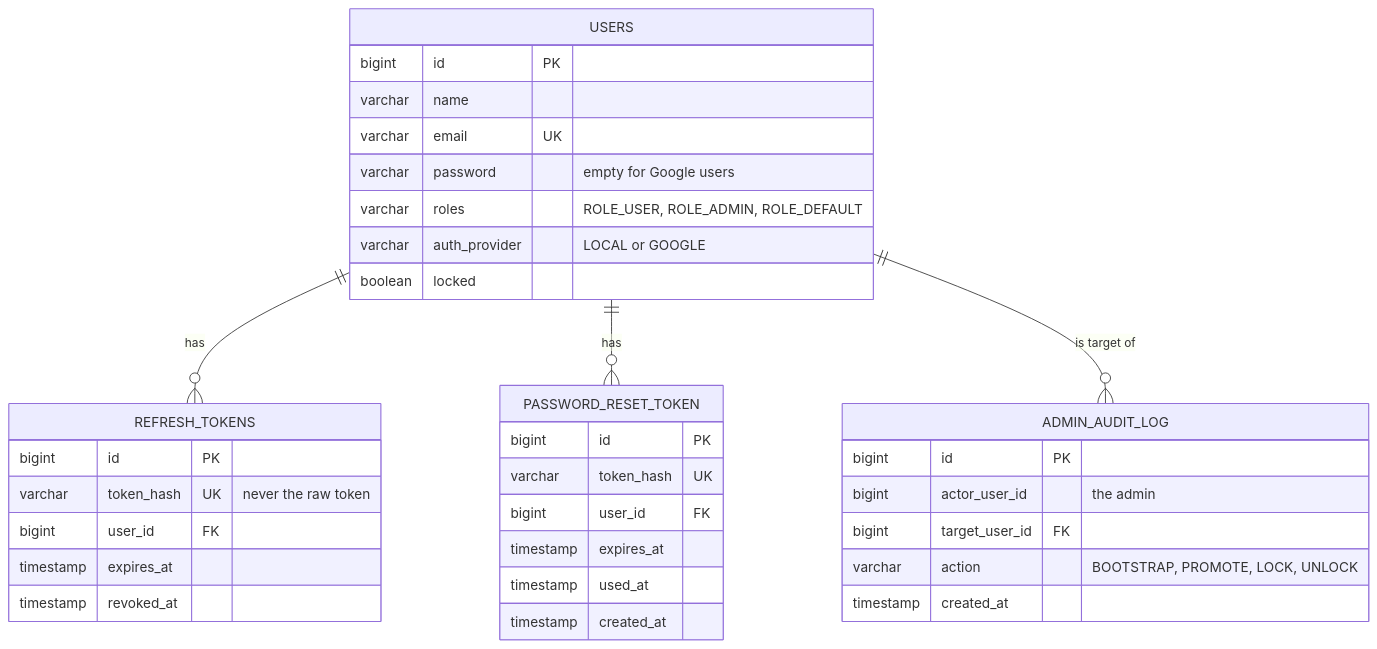
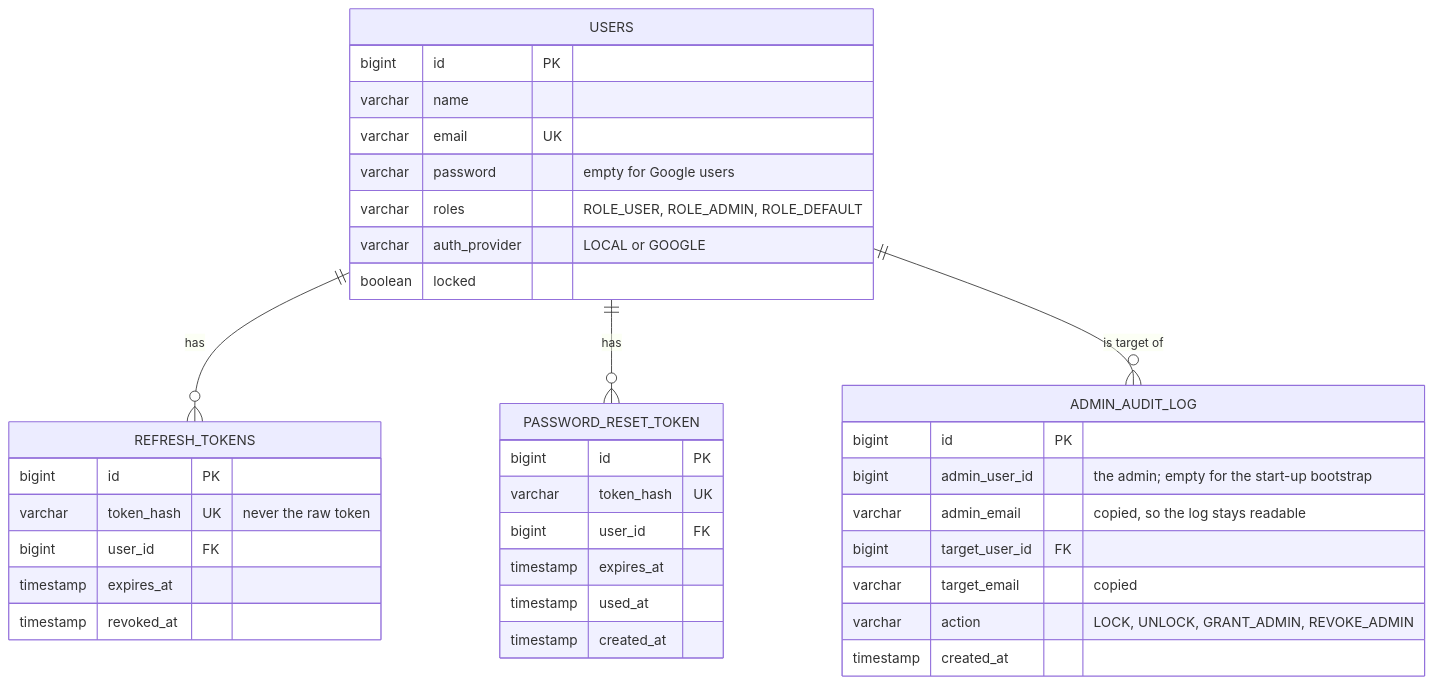
Before and after one commit to MotoXpress-wicky/infrastructure: the first of 5 diagrams in docs/mvp/08-data-model.md, drawn with Mermaid. The commit also changed other lines of this file and 4 other files, not shown here.

First line of the commit message:
feat(env): first admin settings; docs: admin endpoints and audit log

````diff
--- a/docs/mvp/08-data-model.md
+++ b/docs/mvp/08-data-model.md
@@ -14,38 +14,40 @@
 ```mermaid
 erDiagram
     USERS ||--o{ REFRESH_TOKENS : "has"
     USERS ||--o{ PASSWORD_RESET_TOKEN : "has"
     USERS ||--o{ ADMIN_AUDIT_LOG : "is target of"
 
     USERS {
         bigint id PK
         varchar name
         varchar email UK
         varchar password "empty for Google users"
         varchar roles "ROLE_USER, ROLE_ADMIN, ROLE_DEFAULT"
         varchar auth_provider "LOCAL or GOOGLE"
         boolean locked
     }
     REFRESH_TOKENS {
         bigint id PK
         varchar token_hash UK "never the raw token"
         bigint user_id FK
         timestamp expires_at
         timestamp revoked_at
     }
     PASSWORD_RESET_TOKEN {
         bigint id PK
         varchar token_hash UK
         bigint user_id FK
         timestamp expires_at
         timestamp used_at
         timestamp created_at
     }
     ADMIN_AUDIT_LOG {
         bigint id PK
-        bigint actor_user_id "the admin"
+        bigint admin_user_id "the admin; empty for the start-up bootstrap"
+        varchar admin_email "copied, so the log stays readable"
         bigint target_user_id FK
-        varchar action "BOOTSTRAP, PROMOTE, LOCK, UNLOCK"
+        varchar target_email "copied"
+        varchar action "LOCK, UNLOCK, GRANT_ADMIN, REVOKE_ADMIN"
         timestamp created_at
     }
 ```
````
